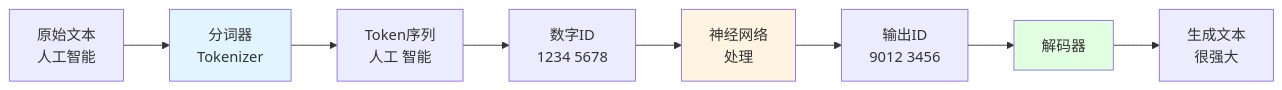
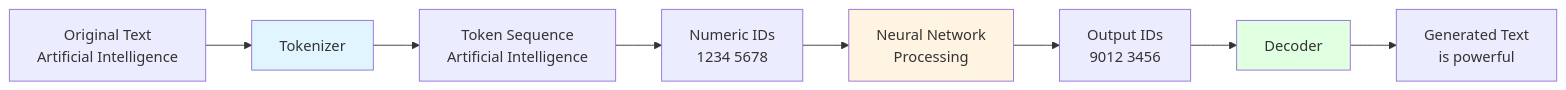
One commit to tianhongTina/ai-literacy-bootcamp changed the third of 7 diagrams in docs/lessons/lesson-0.md. Above: the diagram before and after it, drawn with Mermaid. The commit also changed other lines of this file and 18 other files, not shown here.

````diff
--- a/docs/lessons/lesson-0.md
+++ b/docs/lessons/lesson-0.md
@@ -478,14 +485,14 @@
 ```mermaid
 graph LR
-    A[原始文本<br/>人工智能] --> B[分词器<br/>Tokenizer]
-    B --> C[Token序列<br/>人工 智能]
-    C --> D[数字ID<br/>1234 5678]
-    D --> E[神经网络<br/>处理]
-    E --> F[输出ID<br/>9012 3456]
-    F --> G[解码器]
-    G --> H[生成文本<br/>很强大]
-    
+    A[Original Text<br/>Artificial Intelligence] --> B[Tokenizer]
+    B --> C[Token Sequence<br/>Artificial Intelligence]
+    C --> D[Numeric IDs<br/>1234 5678]
+    D --> E[Neural Network<br/>Processing]
+    E --> F[Output IDs<br/>9012 3456]
+    F --> G[Decoder]
+    G --> H[Generated Text<br/>is powerful]
+
     style B fill:#e1f5ff
     style E fill:#fff4e1
     style G fill:#e1ffe1
 ```
````
